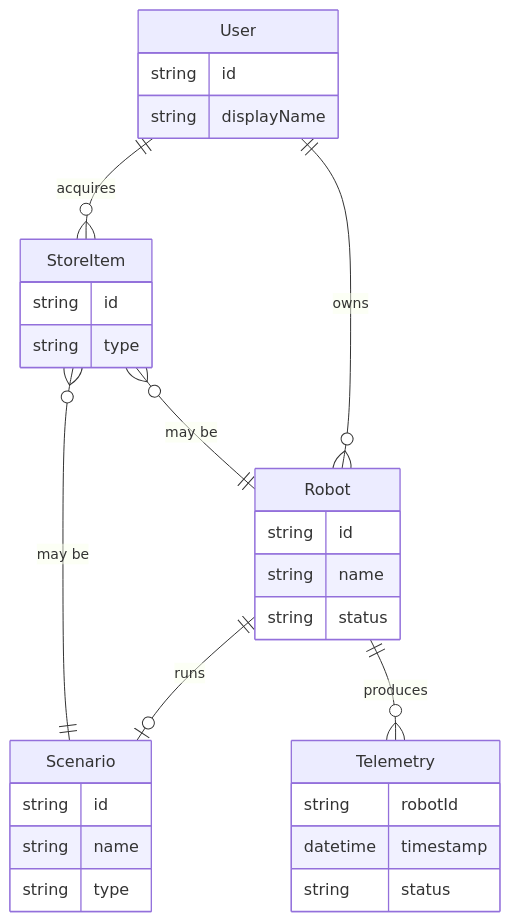
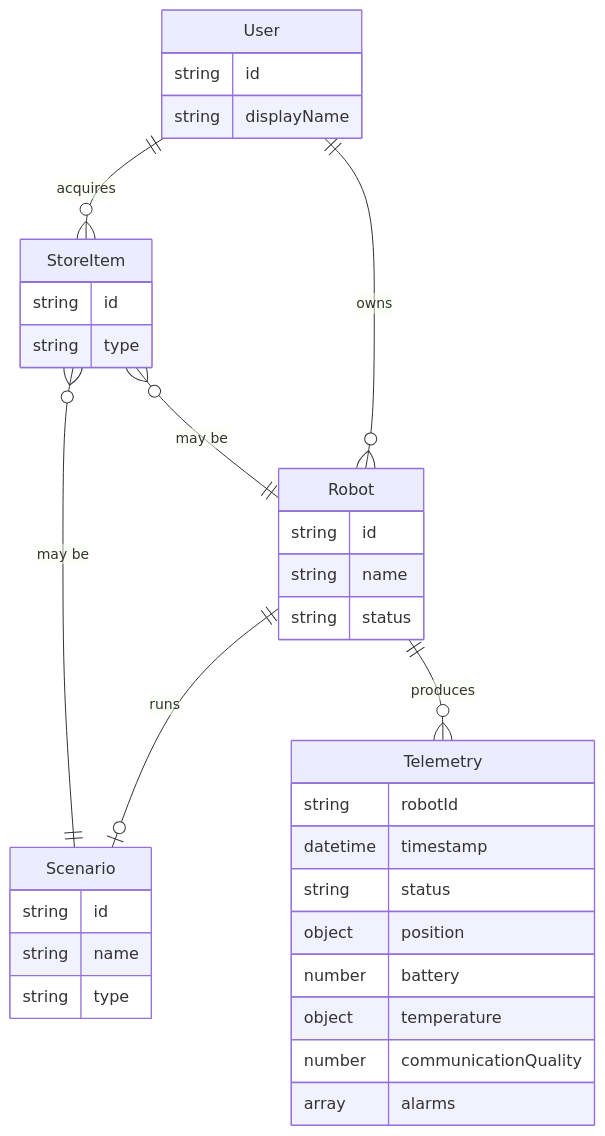
The diagram in docs/architecture/data-model.md (Saitosar/sai-aurosy-telegram-mini-app), drawn with Mermaid before and after one commit. The commit also changed other lines of this file and 16 other files, not shown here.

````diff
--- a/docs/architecture/data-model.md
+++ b/docs/architecture/data-model.md
@@ -45,32 +45,37 @@
 ```mermaid
 erDiagram
     User ||--o{ Robot : owns
     User ||--o{ StoreItem : acquires
     Robot ||--o| Scenario : runs
     Robot ||--o{ Telemetry : produces
     StoreItem }o--|| Robot : "may be"
     StoreItem }o--|| Scenario : "may be"
     User {
         string id
         string displayName
     }
     Robot {
         string id
         string name
         string status
     }
     Scenario {
         string id
         string name
         string type
     }
     StoreItem {
         string id
         string type
     }
     Telemetry {
         string robotId
         datetime timestamp
         string status
+        object position
+        number battery
+        object temperature
+        number communicationQuality
+        array alarms
     }
 ```
````
